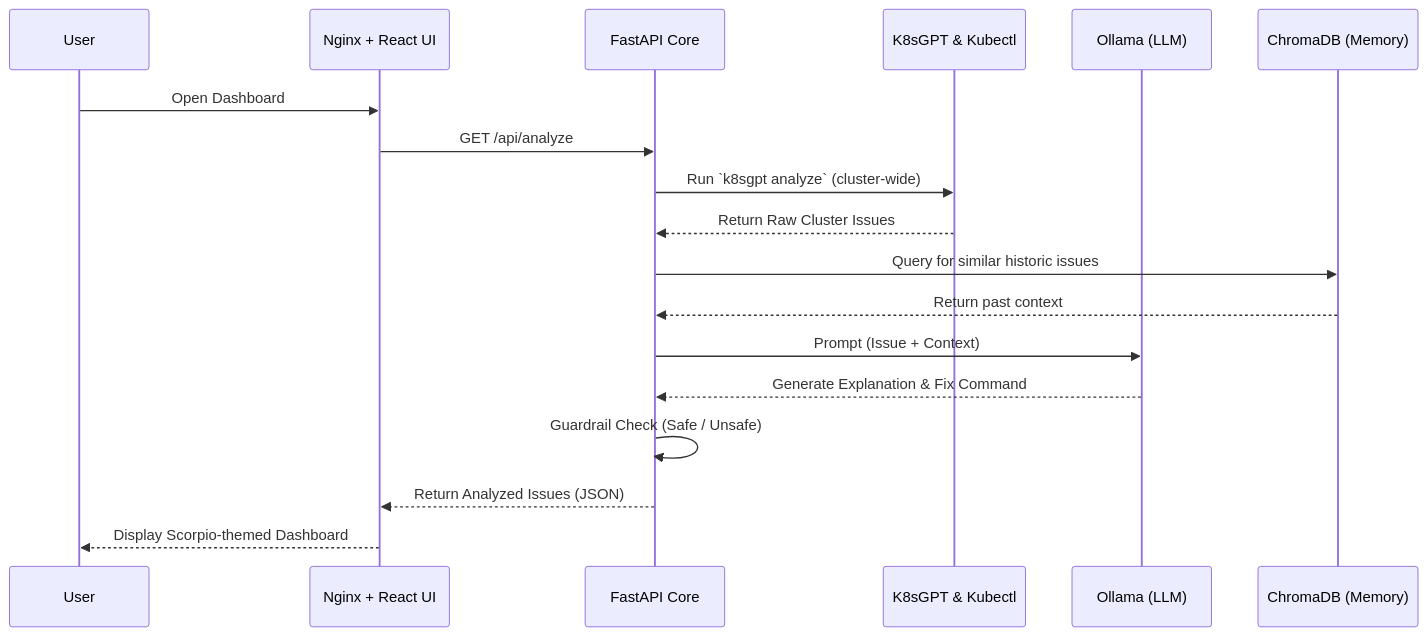
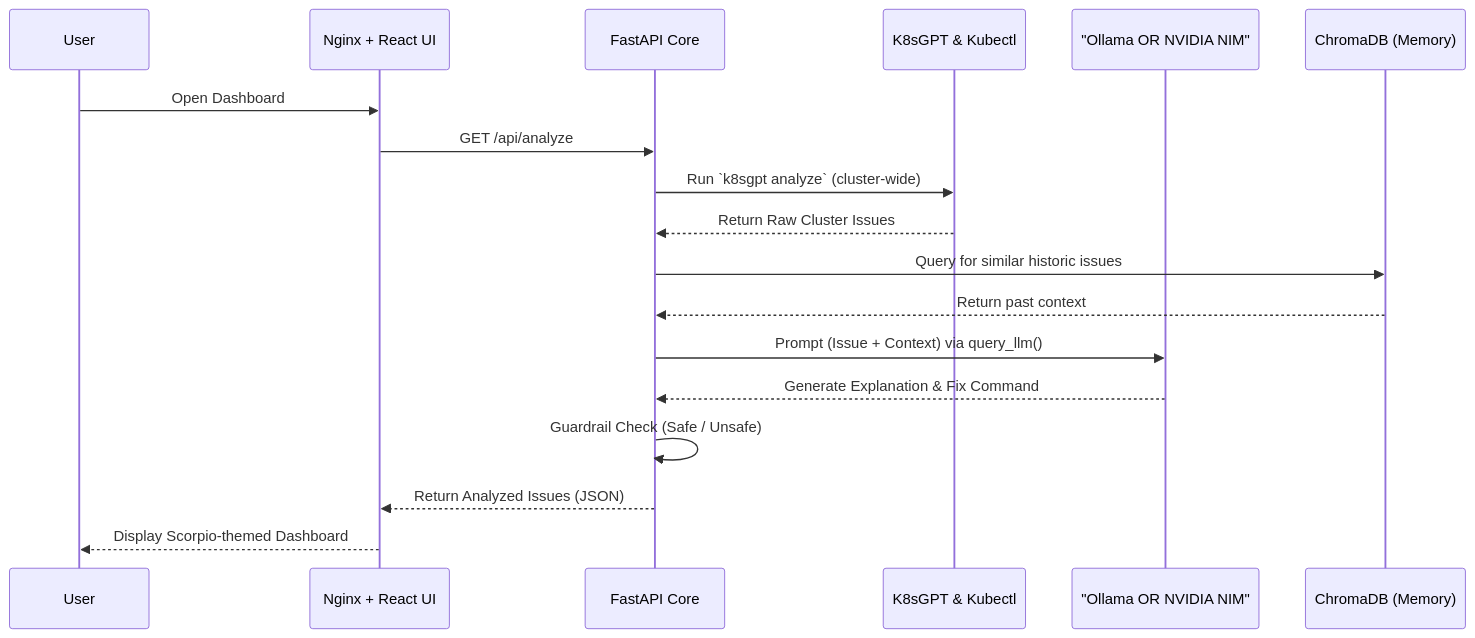
Before and after one commit to barbaria888/KubeOps-AI: the second of 4 diagrams in ARCHITECTURE.md, drawn with Mermaid. The commit also changed other lines of this file and 12 other files, not shown here.

````diff
--- a/ARCHITECTURE.md
+++ b/ARCHITECTURE.md
@@ -26,26 +62,26 @@
 ```mermaid
 sequenceDiagram
     participant User
     participant Frontend as Nginx + React UI
     participant Backend as FastAPI Core
     participant Tools as K8sGPT & Kubectl
-    participant AI as Ollama (LLM)
+    participant LLM as "Ollama OR NVIDIA NIM"
     participant DB as ChromaDB (Memory)
 
     %% Flow: Fetching Issues
     User->>Frontend: Open Dashboard
     Frontend->>Backend: GET /api/analyze
     Backend->>Tools: Run `k8sgpt analyze` (cluster-wide)
     Tools-->>Backend: Return Raw Cluster Issues
     
     %% Flow: AI Reasoning
     Backend->>DB: Query for similar historic issues
     DB-->>Backend: Return past context
-    Backend->>AI: Prompt (Issue + Context)
-    AI-->>Backend: Generate Explanation & Fix Command
+    Backend->>LLM: Prompt (Issue + Context) via query_llm()
+    LLM-->>Backend: Generate Explanation & Fix Command
     
     %% Flow: Guardrail & UI Display
     Backend->>Backend: Guardrail Check (Safe / Unsafe)
     Backend-->>Frontend: Return Analyzed Issues (JSON)
     Frontend-->>User: Display Scorpio-themed Dashboard
 ```
````
